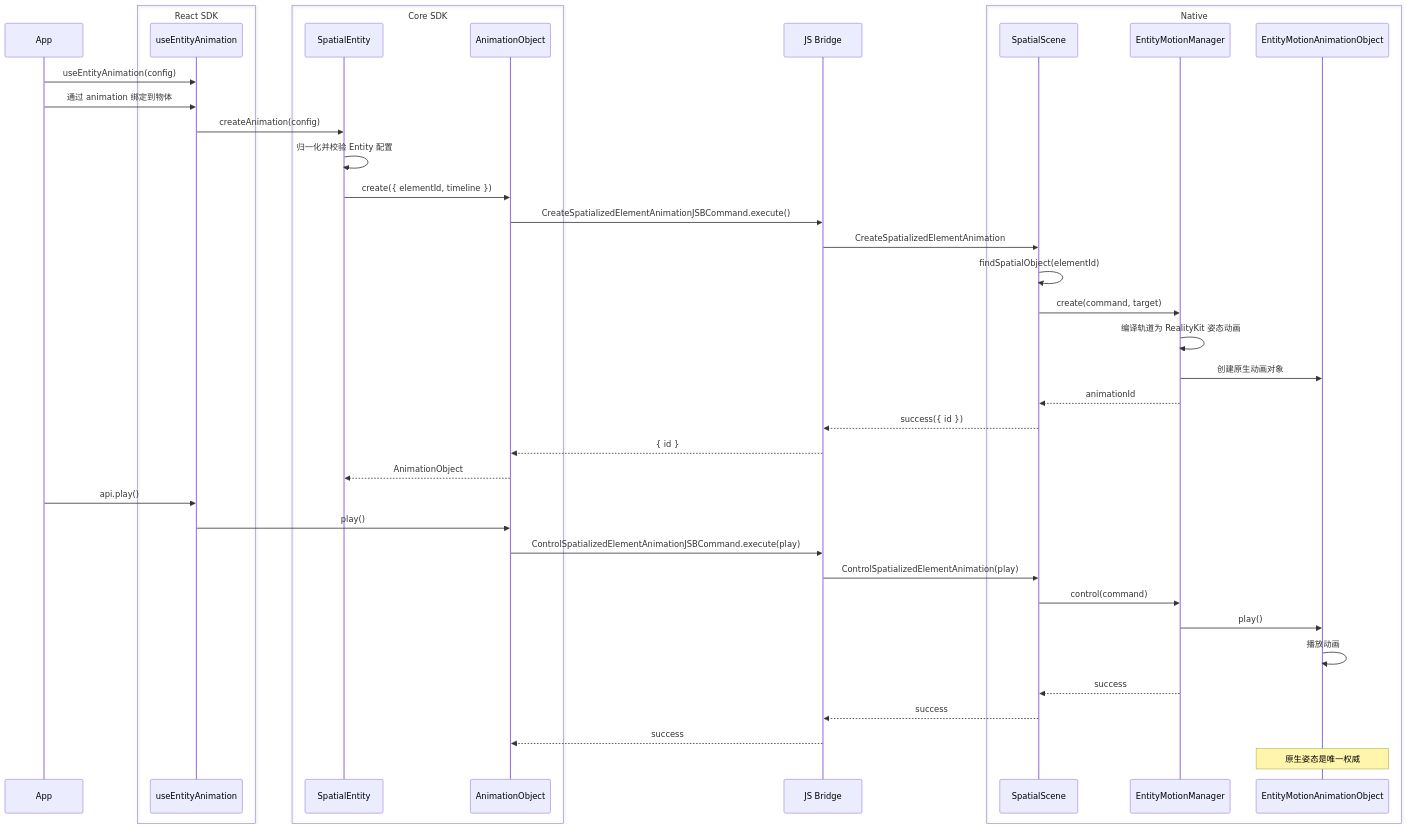
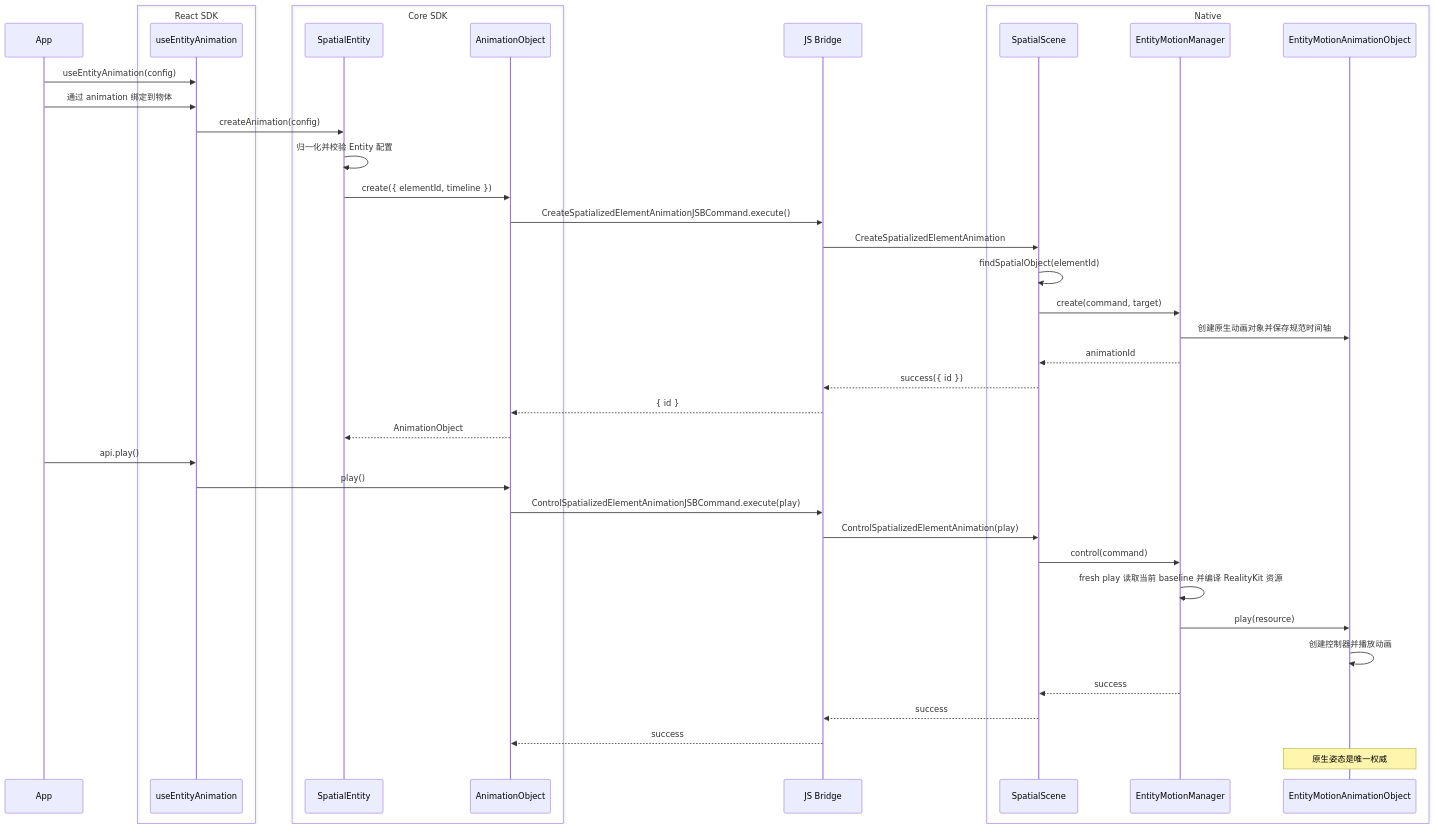
One commit to webspatial/webspatial-sdk changed the third of 14 diagrams in openspec/changes/redesign-entity-motion-api/design.zh.md. Above: the diagram before and after it, drawn with Mermaid. The commit also changed other lines of this file and 7 other files, not shown here.

````diff
--- a/openspec/changes/redesign-entity-motion-api/design.zh.md
+++ b/openspec/changes/redesign-entity-motion-api/design.zh.md
@@ -364,44 +269,44 @@
 ```mermaid
 sequenceDiagram
     participant App
     box React SDK
         participant Hook as useEntityAnimation
     end
     box Core SDK
         participant Entity as SpatialEntity
         participant Obj as AnimationObject
     end
     participant Bridge as JS Bridge
     box Native
         participant Scene as SpatialScene
         participant Manager as EntityMotionManager
         participant NativeObj as EntityMotionAnimationObject
     end
 
     App->>Hook: useEntityAnimation(config)
     App->>Hook: 通过 animation 绑定到物体
     Hook->>Entity: createAnimation(config)
     Entity->>Entity: 归一化并校验 Entity 配置
     Entity->>Obj: create({ elementId, timeline })
     Obj->>Bridge: CreateSpatializedElementAnimationJSBCommand.execute()
     Bridge->>Scene: CreateSpatializedElementAnimation
     Scene->>Scene: findSpatialObject(elementId)
     Scene->>Manager: create(command, target)
-    Manager->>Manager: 编译轨道为 RealityKit 姿态动画
-    Manager->>NativeObj: 创建原生动画对象
+    Manager->>NativeObj: 创建原生动画对象并保存规范时间轴
     Manager-->>Scene: animationId
     Scene-->>Bridge: success({ id })
     Bridge-->>Obj: { id }
     Obj-->>Entity: AnimationObject
     App->>Hook: api.play()
     Hook->>Obj: play()
     Obj->>Bridge: ControlSpatializedElementAnimationJSBCommand.execute(play)
     Bridge->>Scene: ControlSpatializedElementAnimation(play)
     Scene->>Manager: control(command)
-    Manager->>NativeObj: play()
-    NativeObj->>NativeObj: 播放动画
+    Manager->>Manager: fresh play 读取当前 baseline 并编译 RealityKit 资源
+    Manager->>NativeObj: play(resource)
+    NativeObj->>NativeObj: 创建控制器并播放动画
     Manager-->>Scene: success
     Scene-->>Bridge: success
     Bridge-->>Obj: success
     Note over NativeObj: 原生姿态是唯一权威
 ```
````
